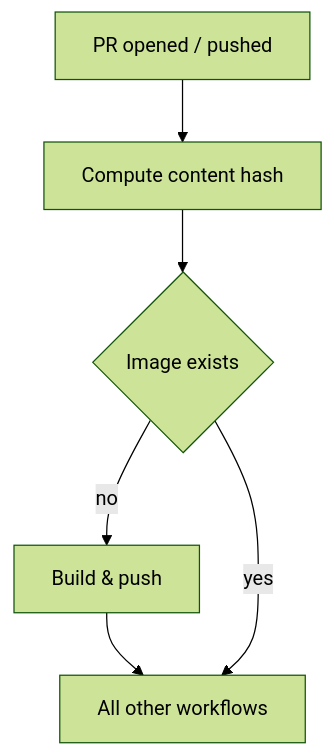
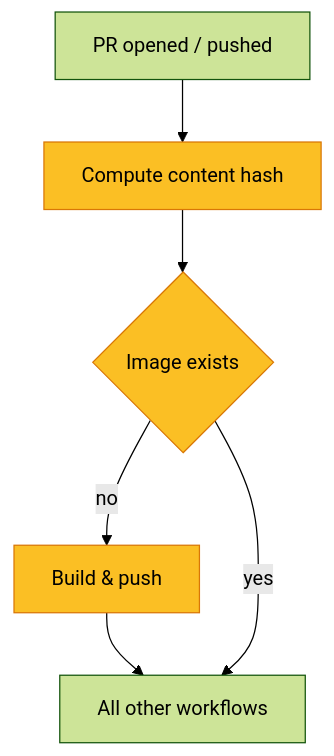
The second of 2 diagrams in content/posts/Faster CI with a base Docker image.md (cloudy9101/cloudy9101.github.io), drawn with Mermaid (forest theme) before and after one commit. The commit also changed other lines of this file, not shown here.

````diff
--- a/content/posts/Faster CI with a base Docker image.md
+++ b/content/posts/Faster CI with a base Docker image.md
@@ -30,15 +29,19 @@
 ```mermaid
 flowchart TB
     A[PR opened / pushed] --> B
 
 	B[Compute content hash]
 	B --> C{Image exists}
 
 	D[Build & push]
 
     C -- no --> D
     D --> E
     C -- yes --> E
 
 	E[All other workflows]
+
+		style B fill:#fbbf24,stroke:#d97706,color:#000
+		style C fill:#fbbf24,stroke:#d97706,color:#000
+		style D fill:#fbbf24,stroke:#d97706,color:#000
 ```
````
